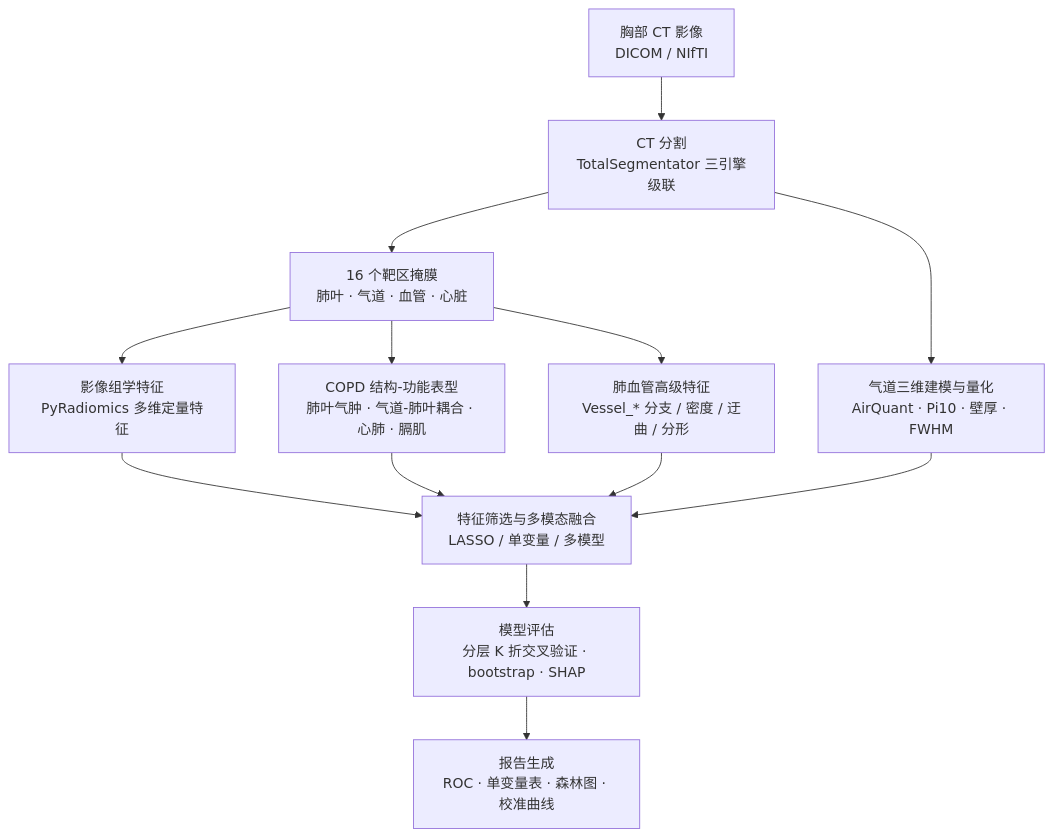
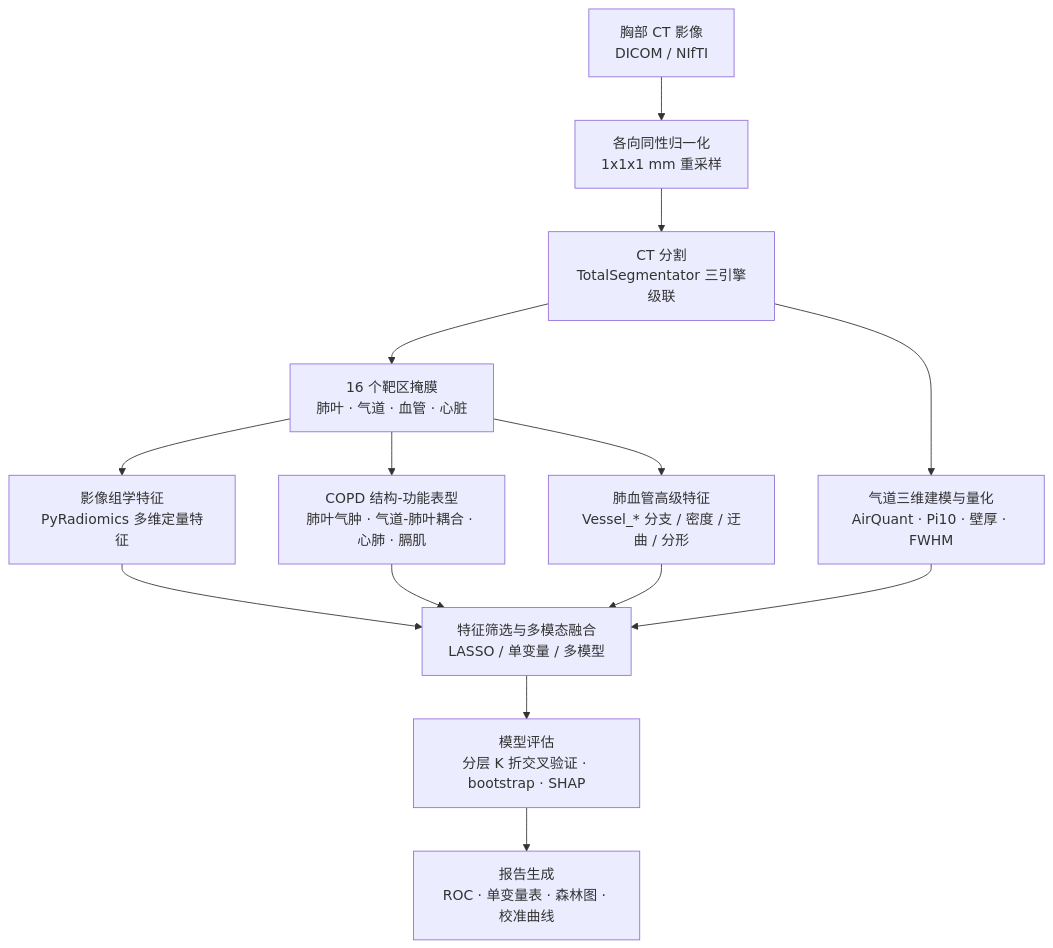
The diagram in README.zh-CN.md (Distagon-T/copd-radiomics), drawn with Mermaid before and after one commit. The commit also changed other lines of this file and 2 other files, not shown here.

````diff
--- a/README.zh-CN.md
+++ b/README.zh-CN.md
@@ -22,12 +22,13 @@
 ```mermaid
 flowchart TD
-    A[胸部 CT 影像<br/>DICOM / NIfTI] --> B[CT 分割<br/>TotalSegmentator 三引擎级联]
+    A[胸部 CT 影像<br/>DICOM / NIfTI] --> A1[各向同性归一化<br/>1x1x1 mm 重采样]
+    A1 --> B[CT 分割<br/>TotalSegmentator 三引擎级联]
     B --> C[16 个靶区掩膜<br/>肺叶 · 气道 · 血管 · 心脏]
     C --> D[影像组学特征<br/>PyRadiomics 多维定量特征]
     C --> E[COPD 结构-功能表型<br/>肺叶气肿 · 气道-肺叶耦合 · 心肺 · 膈肌]
     C --> F[肺血管高级特征<br/>Vessel_* 分支 / 密度 / 迂曲 / 分形]
     B --> G[气道三维建模与量化<br/>AirQuant · Pi10 · 壁厚 · FWHM]
     D & E & F & G --> H[特征筛选与多模态融合<br/>LASSO / 单变量 / 多模型]
     H --> I[模型评估<br/>分层 K 折交叉验证 · bootstrap · SHAP]
     I --> J[报告生成<br/>ROC · 单变量表 · 森林图 · 校准曲线]
 ```
````
